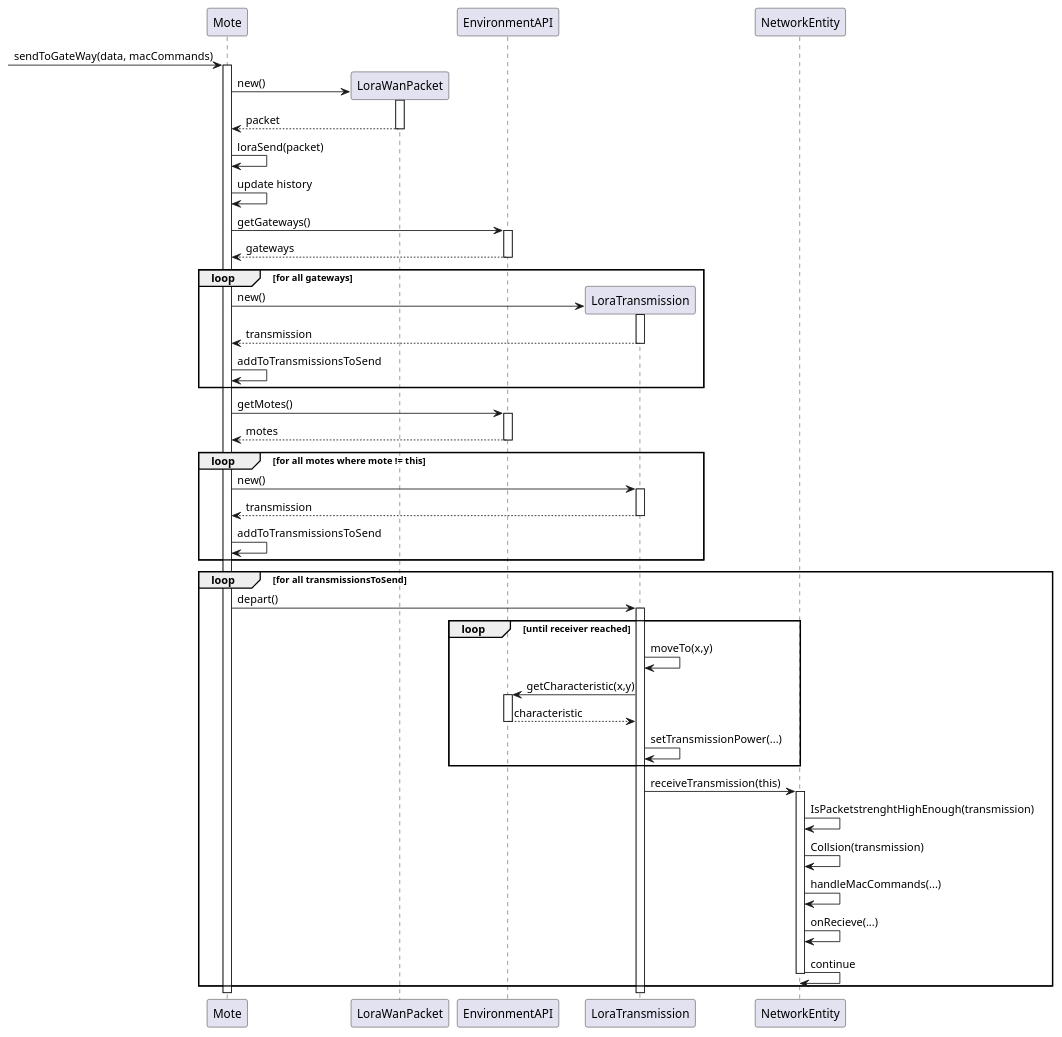
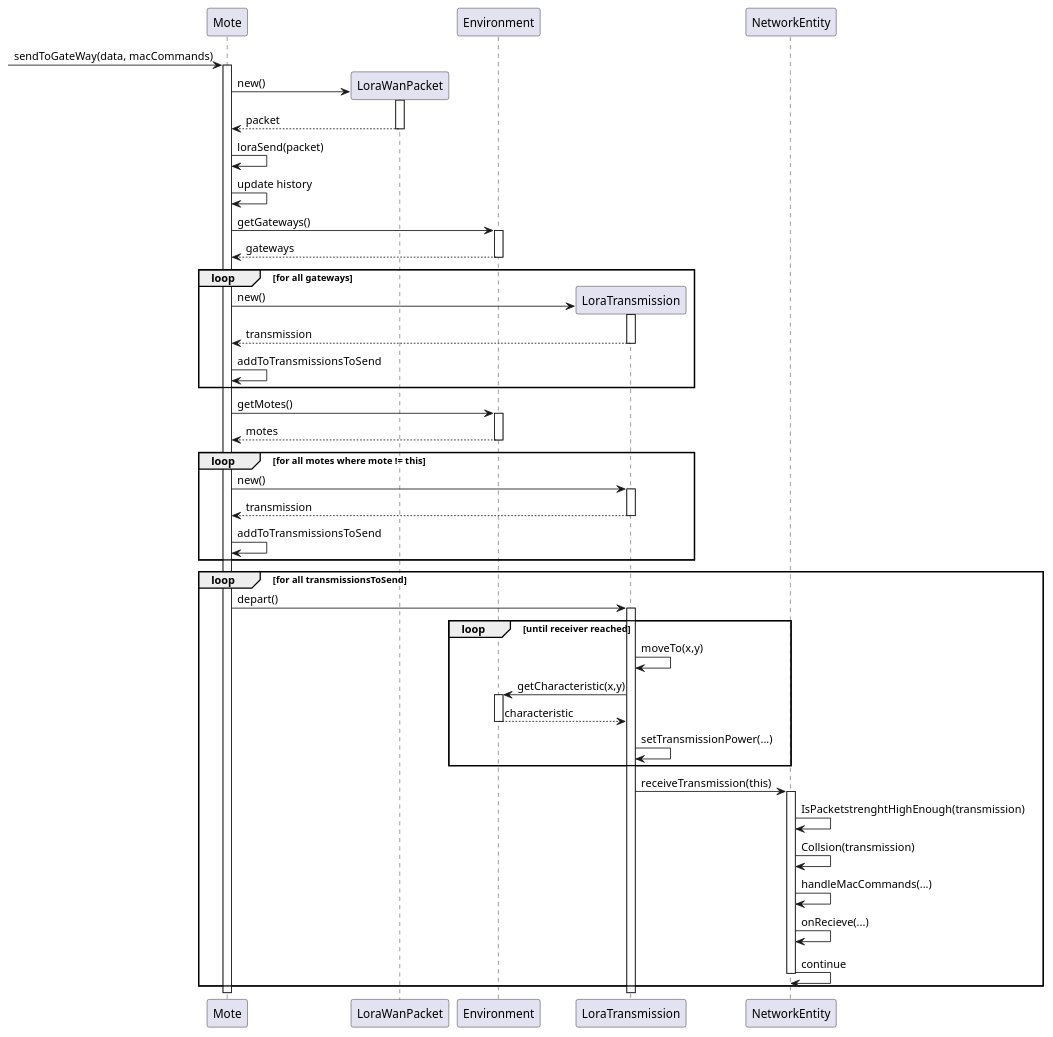
One commit to UnGuZartex/DingNet changed the diagram in Diagrams/LoraTransmission.puml. Above: the diagram before and after it, drawn with PlantUML. The commit also changed 53 other files, not shown here.

```diff
--- a/Diagrams/LoraTransmission.puml
+++ b/Diagrams/LoraTransmission.puml
@@ -1,53 +1,53 @@
 @startuml
  -> Mote: sendToGateWay(data, macCommands)
  activate Mote
  create LoraWanPacket
  Mote -> LoraWanPacket: new()
  activate LoraWanPacket
  return packet
 
  Mote -> Mote: loraSend(packet)
  Mote -> Mote: update history
- Mote -> EnvironmentAPI: getGateways()
- activate EnvironmentAPI
+ Mote -> Environment: getGateways()
+ activate Environment
  return gateways
  loop for all gateways
  create LoraTransmission
    Mote -> LoraTransmission: new()
    activate LoraTransmission
    return transmission
    Mote -> Mote : addToTransmissionsToSend
  end
- Mote -> EnvironmentAPI: getMotes()
- activate EnvironmentAPI
+ Mote -> Environment: getMotes()
+ activate Environment
  return motes
  loop for all motes where mote != this
     Mote -> LoraTransmission: new()
     activate LoraTransmission
     return transmission
     Mote -> Mote : addToTransmissionsToSend
   end
 
   loop for all transmissionsToSend
   activate LoraTransmission
      Mote -> LoraTransmission: depart()
      loop until receiver reached
      activate LoraTransmission
      LoraTransmission -> LoraTransmission: moveTo(x,y)
-     LoraTransmission -> EnvironmentAPI: getCharacteristic(x,y)
-     activate EnvironmentAPI
+     LoraTransmission -> Environment: getCharacteristic(x,y)
+     activate Environment
      return characteristic
      LoraTransmission -> LoraTransmission: setTransmissionPower(...)
      end
      LoraTransmission -> NetworkEntity: receiveTransmission(this)
      activate NetworkEntity
      NetworkEntity -> NetworkEntity: IsPacketstrenghtHighEnough(transmission)
      NetworkEntity -> NetworkEntity: Collsion(transmission)
      NetworkEntity -> NetworkEntity: handleMacCommands(...)
      NetworkEntity -> NetworkEntity: onRecieve(...)
      NetworkEntity -> NetworkEntity: continue
     deactivate
      end
 
 
 @enduml
```
